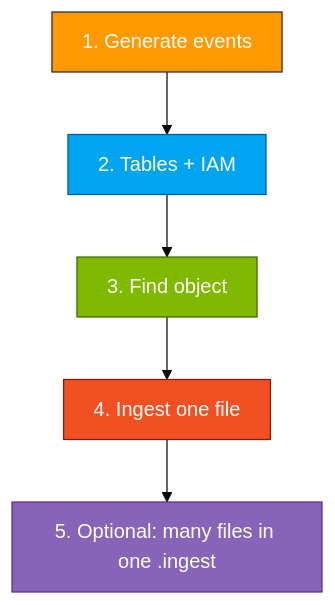
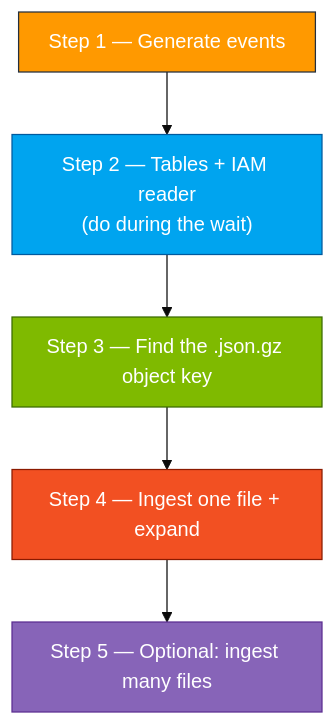
One commit to atingupta2005/adx-aws-training-aug-26 changed the third of 4 diagrams in Module_02_AWS_CloudTrail/02_CloudTrail_to_ADX_Lab.md. Above: the diagram before and after it, drawn with Mermaid. The commit also changed other lines of this file and 6 other files, not shown here.

````diff
--- a/Module_02_AWS_CloudTrail/02_CloudTrail_to_ADX_Lab.md
+++ b/Module_02_AWS_CloudTrail/02_CloudTrail_to_ADX_Lab.md
@@ -26,13 +124,13 @@
 ```mermaid
 %%{init: {"theme":"base","flowchart":{"htmlLabels":true,"padding":12}}}%%
 flowchart TB
-  A["1. Generate events"] --> B["2. Tables + IAM"]
-  B --> C["3. Find object"]
-  C --> D["4. Ingest one file"]
-  D --> E["5. Optional: many files in one .ingest"]
+  A["Step 1 — Generate events"] --> B["Step 2 — Tables + IAM reader<br/>(do during the wait)"]
+  B --> C["Step 3 — Find the .json.gz object key"]
+  C --> D["Step 4 — Ingest one file + expand"]
+  D --> E["Step 5 — Optional: ingest many files"]
   style A fill:#FF9900,stroke:#232F3E,color:#fff
   style B fill:#00A4EF,stroke:#005A9E,color:#fff
   style C fill:#7FBA00,stroke:#3A6B00,color:#fff
   style D fill:#F25022,stroke:#8B1A00,color:#fff
   style E fill:#8764B8,stroke:#5C2D91,color:#fff
 ```
````
